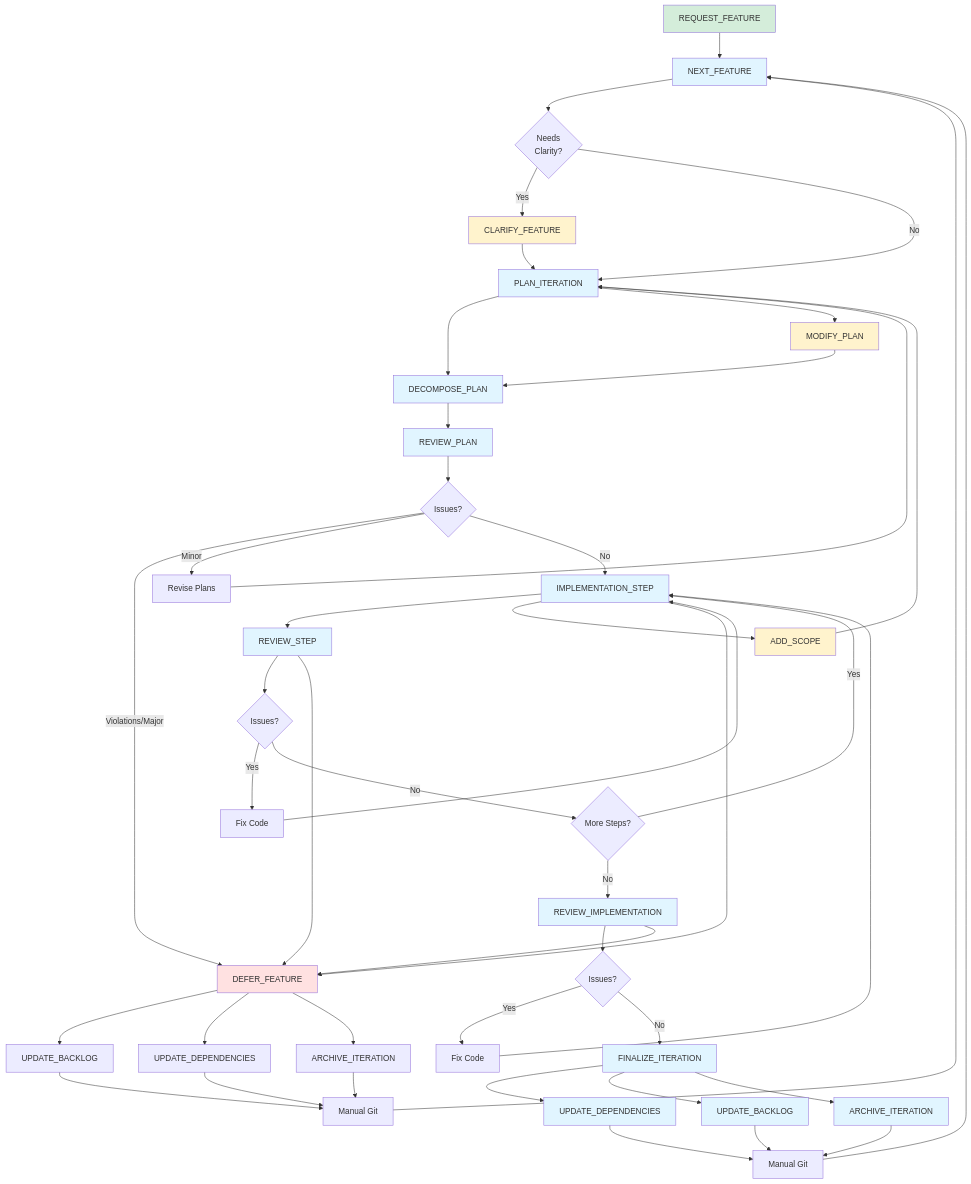
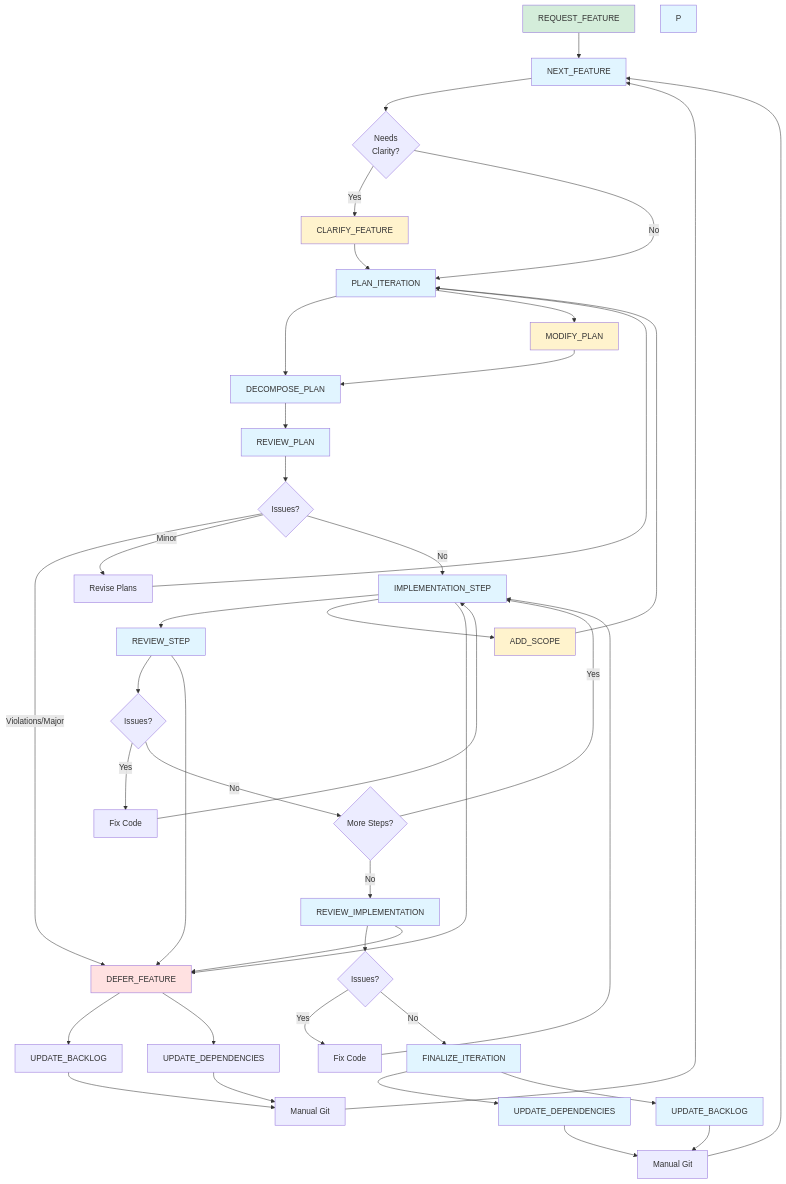
The diagram in TASKS/FEATURE/WORKFLOW.md (EvanLavender13/FrogLords), drawn with Mermaid before and after one commit. The commit also changed other lines of this file and 2 other files, not shown here.

First line of the commit message:
workflow: remove archive iteration task from workflow

````diff
--- a/TASKS/FEATURE/WORKFLOW.md
+++ b/TASKS/FEATURE/WORKFLOW.md
@@ -9,68 +9,64 @@
 ```mermaid
 graph TD
     REQ[REQUEST_FEATURE] --> A[NEXT_FEATURE]
     A --> CLAR{Needs<br/>Clarity?}
     CLAR -->|Yes| CF[CLARIFY_FEATURE]
     CF --> B[PLAN_ITERATION]
     CLAR -->|No| B
     B --> C[DECOMPOSE_PLAN]
     C --> D[REVIEW_PLAN]
     D --> E{Issues?}
     E -->|Violations/Major| F[DEFER_FEATURE]
     E -->|Minor| G[Revise Plans]
     G --> B
     E -->|No| H[IMPLEMENTATION_STEP]
     H --> RS[REVIEW_STEP]
     RS --> RSI{Issues?}
     RSI -->|Yes| L2[Fix Code]
     L2 --> H
     RSI -->|No| I{More Steps?}
     I -->|Yes| H
     I -->|No| J[REVIEW_IMPLEMENTATION]
     J --> K{Issues?}
     K -->|Yes| L[Fix Code]
     L --> H
     K -->|No| M[FINALIZE_ITERATION]
     M --> N[UPDATE_DEPENDENCIES]
     M --> O[UPDATE_BACKLOG]
-    M --> P[ARCHIVE_ITERATION]
     N --> Q[Manual Git]
     O --> Q
-    P --> Q
     Q --> A
     F --> R[UPDATE_BACKLOG]
     F --> S[UPDATE_DEPENDENCIES]
-    F --> T[ARCHIVE_ITERATION]
     R --> U[Manual Git]
     S --> U
-    T --> U
     U --> A
 
     %% Mid-iteration scope changes
     H --> AS[ADD_SCOPE]
     AS --> B
     B --> MP[MODIFY_PLAN]
     MP --> C
 
     %% Implementation-phase deferral
     H --> F
     RS --> F
     J --> F
 
     style REQ fill:#d4edda
     style A fill:#e1f5ff
     style CF fill:#fff3cd
     style B fill:#e1f5ff
     style C fill:#e1f5ff
     style D fill:#e1f5ff
     style F fill:#ffe1e1
     style H fill:#e1f5ff
     style RS fill:#e1f5ff
     style J fill:#e1f5ff
     style M fill:#e1f5ff
     style N fill:#e1f5ff
     style O fill:#e1f5ff
     style P fill:#e1f5ff
     style AS fill:#fff3cd
     style MP fill:#fff3cd
 ```
````
